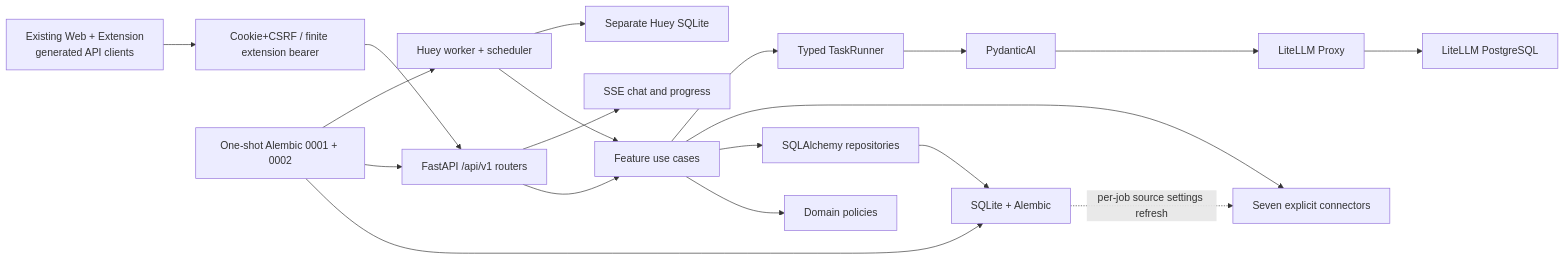
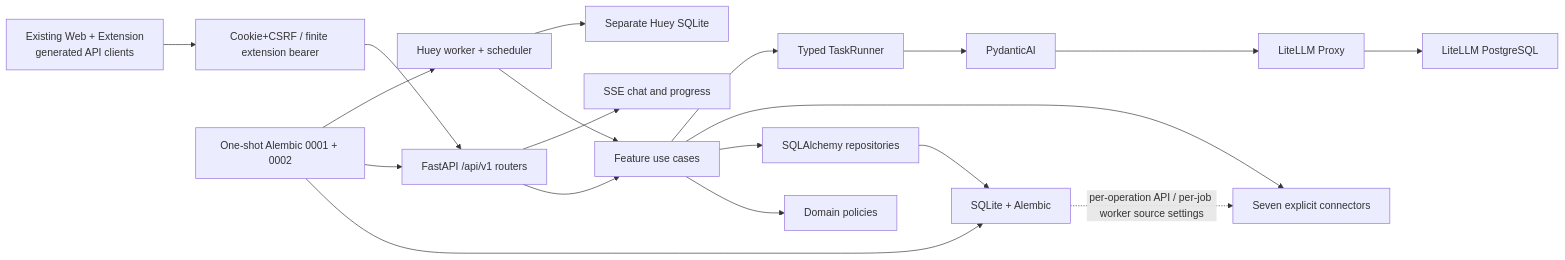
The diagram in README.md (Zhujingxi/OpenBiliClaw), drawn with Mermaid before and after one commit. The commit also changed 28 other files, not shown here.

````diff
--- a/README.md
+++ b/README.md
@@ -27,21 +27,21 @@
 ```mermaid
 flowchart LR
     UI["Existing Web + Extension<br/>generated API clients"] --> AUTH["Cookie+CSRF / finite extension bearer"]
     AUTH --> API["FastAPI /api/v1 routers"]
     API --> UC["Feature use cases"]
     API --> SSE["SSE chat and progress"]
     JOBS["Huey worker + scheduler"] --> UC
     UC --> DOMAIN["Domain policies"]
     UC --> REPOS["SQLAlchemy repositories"]
     UC --> SOURCES["Seven explicit connectors"]
     UC --> AI["Typed TaskRunner"]
     MIGRATE["One-shot Alembic 0001 + 0002"] --> DB
     MIGRATE --> API
     MIGRATE --> JOBS
     AI --> PYD["PydanticAI"]
     PYD --> LLM["LiteLLM Proxy"]
     REPOS --> DB["SQLite + Alembic"]
-    DB -. "per-job source settings refresh" .-> SOURCES
+    DB -. "per-operation API / per-job worker source settings" .-> SOURCES
     JOBS --> QUEUE["Separate Huey SQLite"]
     LLM --> PG["LiteLLM PostgreSQL"]
 ```
````
